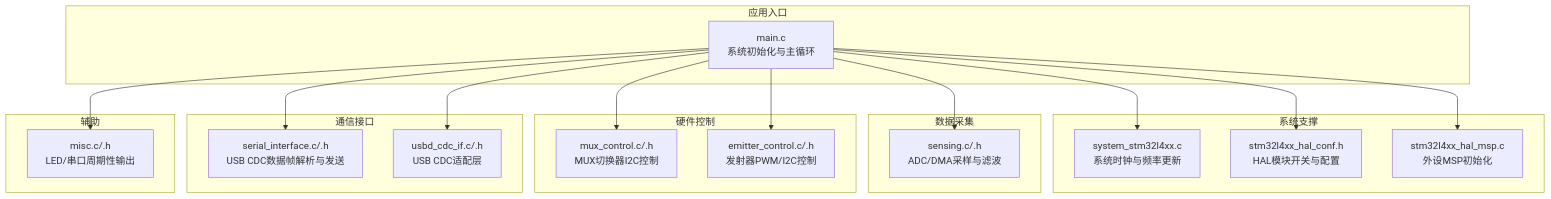
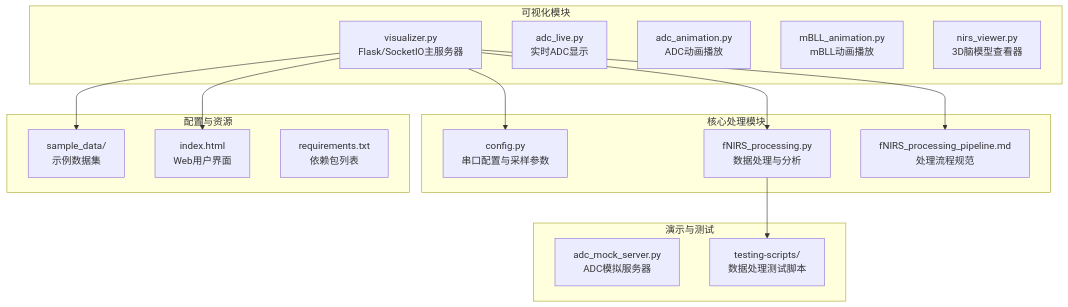
Before and after one commit to zhushizi/fNIRS-main: the first of 3 diagrams in .qoder/repowiki/zh/content/固件开发/固件开发.md, drawn with Mermaid. The commit also changed other lines of this file and 28 other files, not shown here.

````diff
--- a/.qoder/repowiki/zh/content/固件开发/固件开发.md
+++ b/.qoder/repowiki/zh/content/固件开发/固件开发.md
@@ -46,34 +48,30 @@
 ```mermaid
 graph TB
-subgraph "应用入口"
-MAIN["main.c<br/>系统初始化与主循环"]
+subgraph "核心处理模块"
+CONFIG["config.py<br/>串口配置与采样参数"]
+PROC["fNIRS_processing.py<br/>数据处理与分析"]
+PIPE["fNIRS_processing_pipeline.md<br/>处理流程规范"]
 end
-subgraph "系统支撑"
-SYS["system_stm32l4xx.c<br/>系统时钟与频率更新"]
-HALCONF["stm32l4xx_hal_conf.h<br/>HAL模块开关与配置"]
-MSP["stm32l4xx_hal_msp.c<br/>外设MSP初始化"]
+subgraph "可视化模块"
+VIS["visualizer.py<br/>Flask/SocketIO主服务器"]
+ADC_LIVE["adc_live.py<br/>实时ADC显示"]
+ADC_ANIM["adc_animation.py<br/>ADC动画播放"]
+MBLL_ANIM["mBLL_animation.py<br/>mBLL动画播放"]
+NIRSVIEW["nirs_viewer.py<br/>3D脑模型查看器"]
 end
-subgraph "数据采集"
-SENSING["sensing.c/.h<br/>ADC/DMA采样与滤波"]
+subgraph "演示与测试"
+ADC_MOCK["adc_mock_server.py<br/>ADC模拟服务器"]
+TEST_SCRIPTS["testing-scripts/<br/>数据处理测试脚本"]
 end
-subgraph "硬件控制"
-MUX["mux_control.c/.h<br/>MUX切换器I2C控制"]
-EMIT["emitter_control.c/.h<br/>发射器PWM/I2C控制"]
+subgraph "配置与资源"
+SAMPLE_DATA["sample_data/<br/>示例数据集"]
+HTML["index.html<br/>Web用户界面"]
+REQ["requirements.txt<br/>依赖包列表"]
 end
-subgraph "通信接口"
-SERIAL["serial_interface.c/.h<br/>USB CDC数据帧解析与发送"]
-CDC["usbd_cdc_if.c/.h<br/>USB CDC适配层"]
-end
-subgraph "辅助"
-MISC["misc.c/.h<br/>LED/串口周期性输出"]
-end
-MAIN --> SYS
-MAIN --> HALCONF
-MAIN --> MSP
-MAIN --> SENSING
-MAIN --> MUX
-MAIN --> EMIT
-MAIN --> SERIAL
-MAIN --> CDC
-MAIN --> MISC
+VIS --> CONFIG
+VIS --> PROC
+VIS --> PIPE
+PROC --> TEST_SCRIPTS
+VIS --> SAMPLE_DATA
+VIS --> HTML
 ```
````
